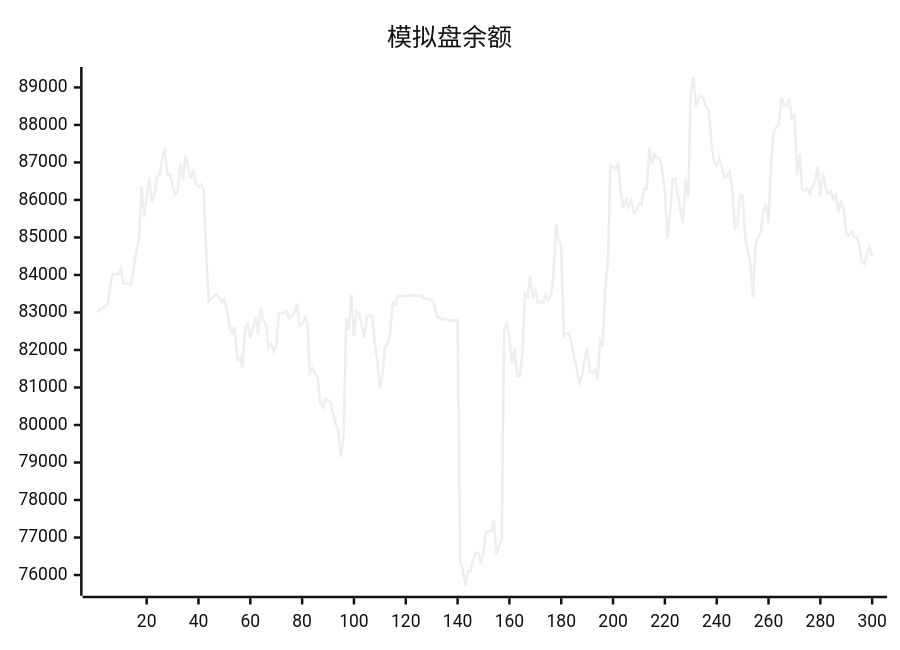
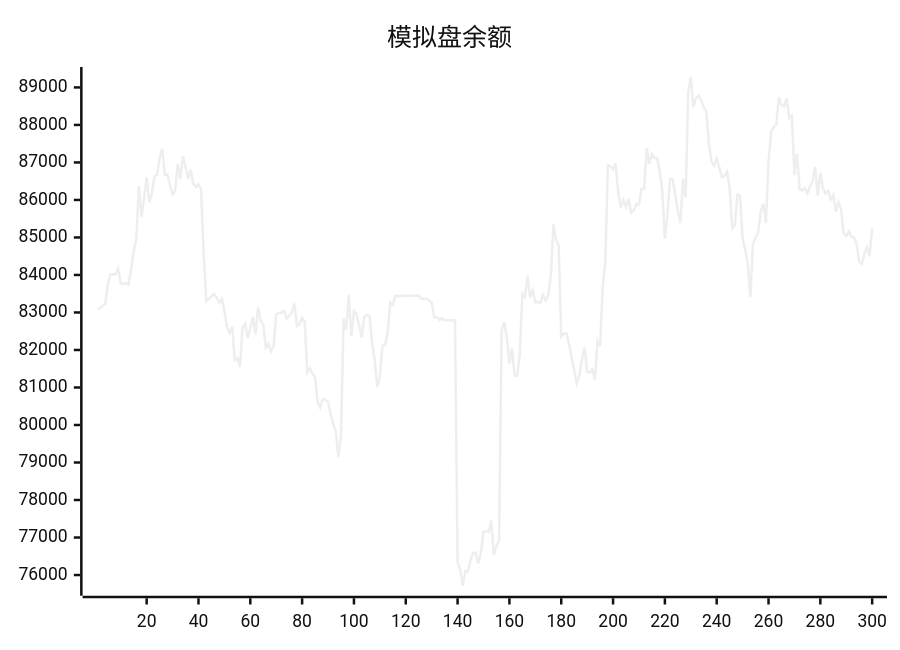
One commit to aahl/ai-trading changed the diagram in README.md. Above: the diagram before and after it, drawn with Mermaid (neutral theme). The commit also changed other lines of this file and 1 other file, not shown here.

````diff
--- a/README.md
+++ b/README.md
@@ -5,5 +5,5 @@
 ```mermaid
 xychart
     title "模拟盘余额"
-    line [83008,83093,83107,83175,83228,83729,84025,84017,84019,84177,83775,83762,83785,83738,84160,84639,84939,86370,85548,86046,86599,85942,86161,86622,86664,87115,87369,86666,86685,86384,86152,86243,86969,86548,87164,86885,86566,86809,86427,86348,86417,86273,84538,83299,83369,83430,83490,83404,83270,83362,83056,82605,82459,82614,81734,81788,81551,82598,82702,82320,82580,82878,82426,83139,82778,82686,82056,82166,81963,82110,82951,82983,82984,83038,82838,82915,82998,83235,82642,82682,82858,82746,81396,81512,81362,81277,80600,80461,80699,80673,80616,80288,80038,79836,79142,79722,82837,82533,83480,82366,83032,82960,82654,82330,82883,82934,82901,82188,81728,81005,81298,82110,82135,82449,83264,83203,83440,83439,83440,83440,83446,83447,83448,83447,83448,83449,83369,83369,83369,83313,83256,82872,82873,82801,82844,82785,82791,82791,82793,82794,76339,76145,75714,76110,76096,76397,76594,76585,76310,76607,77160,77170,77160,77456,76541,76774,76927,82520,82744,82337,81639,82040,81307,81314,81887,83490,83414,83984,83396,83594,83261,83287,83253,83470,83327,83465,83987,85348,84930,84786,82355,82433,82438,82167,81795,81466,81105,81315,81756,82064,81426,81398,81481,81210,82242,82099,83658,84359,86925,86892,86814,86980,86203,85802,86003,85811,86028,85657,85721,85896,85880,86300,86299,87378,86965,87214,87115,87118,86780,86238,84966,85623,86555,86562,86129,85722,85387,86569,86070,88870,89278,88477,88720,88781,88668,88467,88372,87493,87018,86917,87102,86870,86613,86644,86758,86317,85242,85334,86149,86106,84968,84671,84302,83410,84816,85001,85127,85693,85891,85384,87001,87811,87945,88007,88734,88528,88495,88705,88189,88248,86662,87234,86279,86251,86314,86177,86364,86503,86886,86114,86731,86310,86176,86240,86017,86136,85685,85938,85749,85111,85044,85164,85016,85008,84824,84354,84287,84572,84745,84500]
+    line [83093,83107,83175,83228,83729,84025,84017,84019,84177,83775,83762,83785,83738,84160,84639,84939,86370,85548,86046,86599,85942,86161,86622,86664,87115,87369,86666,86685,86384,86152,86243,86969,86548,87164,86885,86566,86809,86427,86348,86417,86273,84538,83299,83369,83430,83490,83404,83270,83362,83056,82605,82459,82614,81734,81788,81551,82598,82702,82320,82580,82878,82426,83139,82778,82686,82056,82166,81963,82110,82951,82983,82984,83038,82838,82915,82998,83235,82642,82682,82858,82746,81396,81512,81362,81277,80600,80461,80699,80673,80616,80288,80038,79836,79142,79722,82837,82533,83480,82366,83032,82960,82654,82330,82883,82934,82901,82188,81728,81005,81298,82110,82135,82449,83264,83203,83440,83439,83440,83440,83446,83447,83448,83447,83448,83449,83369,83369,83369,83313,83256,82872,82873,82801,82844,82785,82791,82791,82793,82794,76339,76145,75714,76110,76096,76397,76594,76585,76310,76607,77160,77170,77160,77456,76541,76774,76927,82520,82744,82337,81639,82040,81307,81314,81887,83490,83414,83984,83396,83594,83261,83287,83253,83470,83327,83465,83987,85348,84930,84786,82355,82433,82438,82167,81795,81466,81105,81315,81756,82064,81426,81398,81481,81210,82242,82099,83658,84359,86925,86892,86814,86980,86203,85802,86003,85811,86028,85657,85721,85896,85880,86300,86299,87378,86965,87214,87115,87118,86780,86238,84966,85623,86555,86562,86129,85722,85387,86569,86070,88870,89278,88477,88720,88781,88668,88467,88372,87493,87018,86917,87102,86870,86613,86644,86758,86317,85242,85334,86149,86106,84968,84671,84302,83410,84816,85001,85127,85693,85891,85384,87001,87811,87945,88007,88734,88528,88495,88705,88189,88248,86662,87234,86279,86251,86314,86177,86364,86503,86886,86114,86731,86310,86176,86240,86017,86136,85685,85938,85749,85111,85044,85164,85016,85008,84824,84354,84287,84572,84745,84500,85234]
 ```
````
